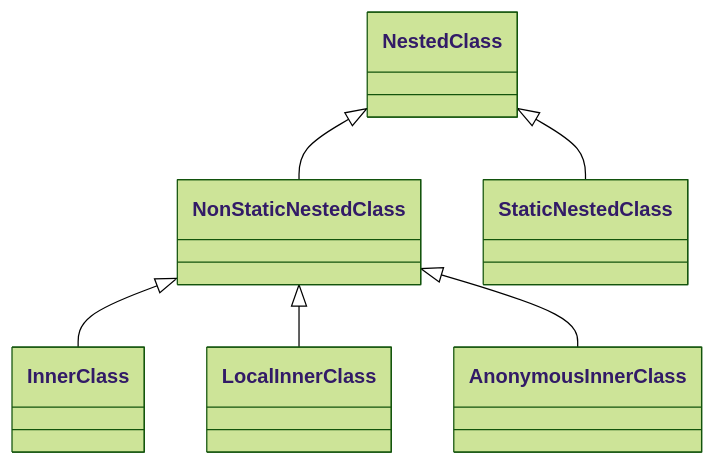
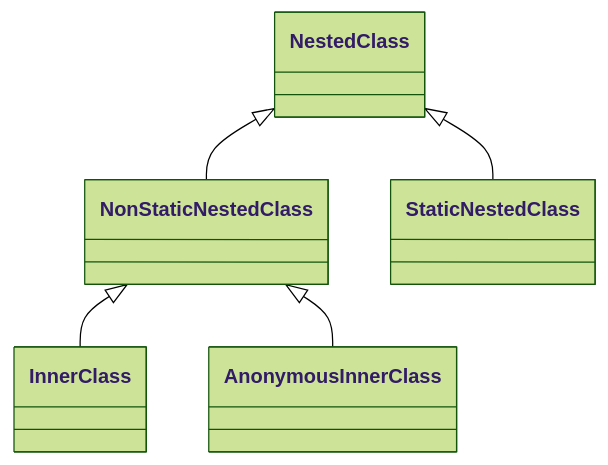
Before and after one commit to nbicocchi/learn-java-core: the first of 3 diagrams in slides/E3.4 - Java Classes (Details).md, drawn with Mermaid (forest theme). The commit also changed other lines of this file and 1 other file, not shown here.

````diff
--- a/slides/E3.4 - Java Classes (Details).md
+++ b/slides/E3.4 - Java Classes (Details).md
@@ -107,18 +104,16 @@
 ```mermaid
 classDiagram
 
 class NestedClass 
 
 class NonStaticNestedClass
 class StaticNestedClass
 
 class InnerClass
-class LocalInnerClass
 class AnonymousInnerClass
 
 NestedClass <|-- NonStaticNestedClass
 NestedClass <|-- StaticNestedClass
 NonStaticNestedClass <|-- InnerClass
-NonStaticNestedClass <|-- LocalInnerClass
 NonStaticNestedClass <|-- AnonymousInnerClass
 ```
````
